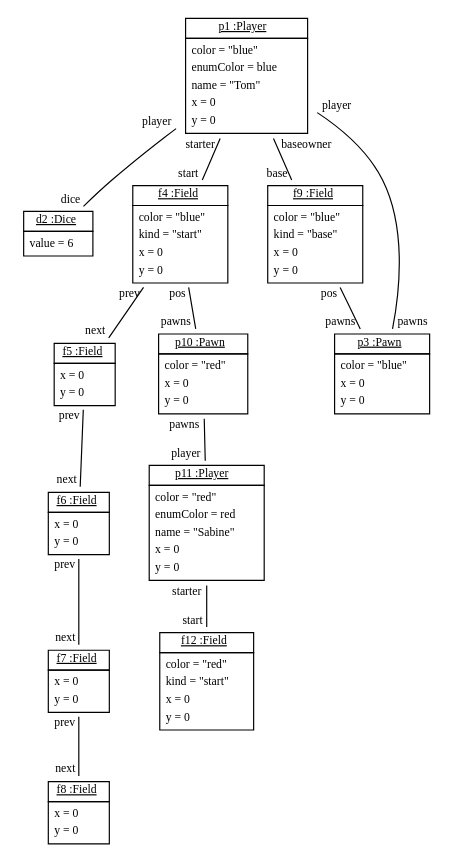
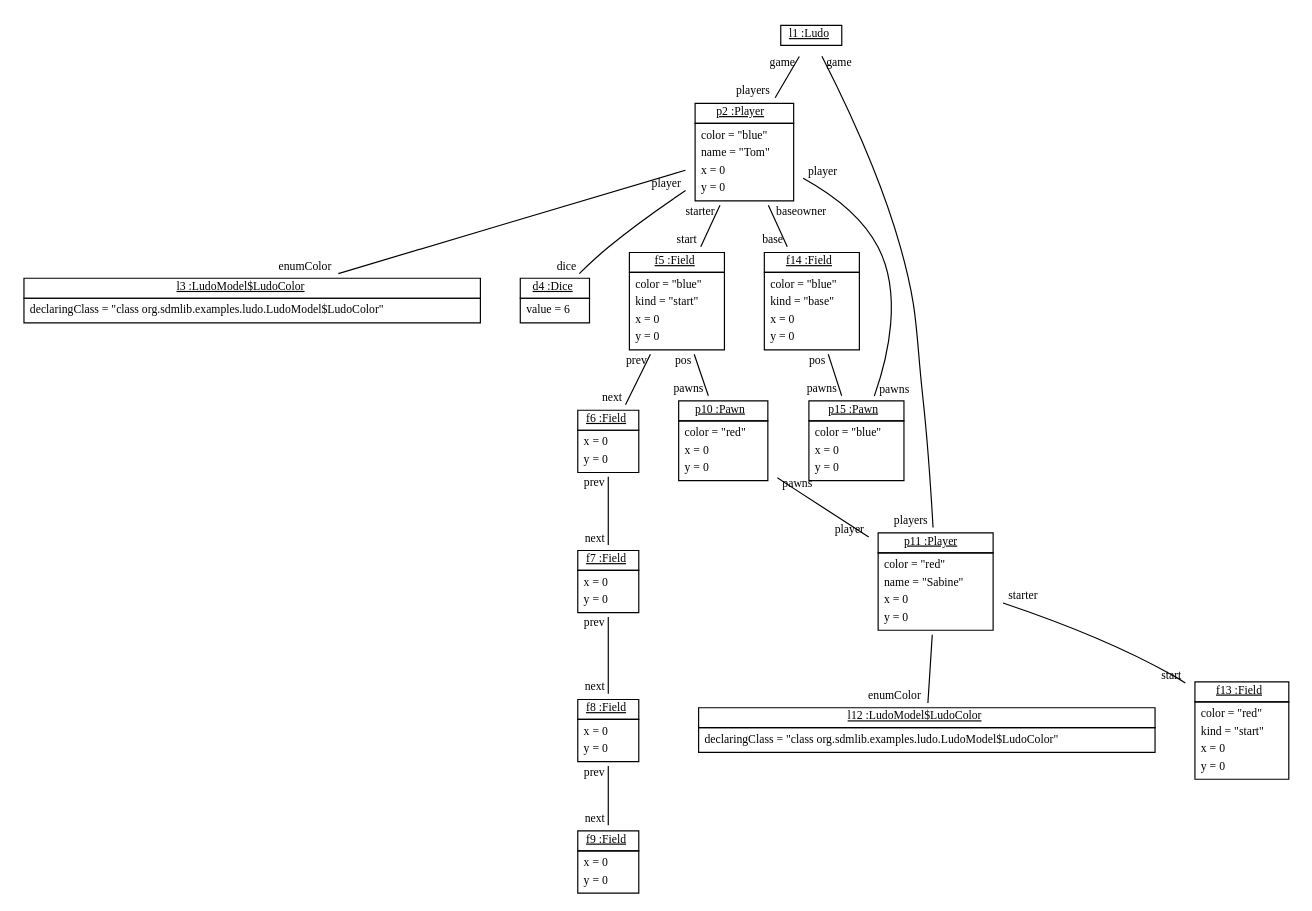
One commit to fujaba/SDMLib changed the diagram in doc/LudoStoryboard3.dot. Above: the diagram before and after it, drawn with Graphviz. The commit also changed 176 other files, not shown here.

```diff
--- a/doc/LudoStoryboard3.dot
+++ b/doc/LudoStoryboard3.dot
@@ -1,31 +1,38 @@
 graph ObjectDiagram {
    node [shape = none, fontsize = 10];
    edge [fontsize = 10];
    compound=true;
 
-p1 [label=<<table border='0' cellborder='1' cellspacing='0'> <tr> <td href="../examples/org/sdmlib/examples/ludo/Player.java"> <u>p1 :Player</u></td></tr><tr><td><table border='0' cellborder='0' cellspacing='0'><tr><td align='left'>color = "blue"</td></tr><tr><td align='left'>enumColor = blue</td></tr><tr><td align='left'>name = "Tom"</td></tr><tr><td align='left'>x = 0</td></tr><tr><td align='left'>y = 0</td></tr></table></td></tr></table>>];
-d2 [label=<<table border='0' cellborder='1' cellspacing='0'> <tr> <td href="../examples/org/sdmlib/examples/ludo/Dice.java"> <u>d2 :Dice</u></td></tr><tr><td><table border='0' cellborder='0' cellspacing='0'><tr><td align='left'>value = 6</td></tr></table></td></tr></table>>];
-f4 [label=<<table border='0' cellborder='1' cellspacing='0'> <tr> <td href="../examples/org/sdmlib/examples/ludo/Field.java"> <u>f4 :Field</u></td></tr><tr><td><table border='0' cellborder='0' cellspacing='0'><tr><td align='left'>color = "blue"</td></tr><tr><td align='left'>kind = "start"</td></tr><tr><td align='left'>x = 0</td></tr><tr><td align='left'>y = 0</td></tr></table></td></tr></table>>];
-f5 [label=<<table border='0' cellborder='1' cellspacing='0'> <tr> <td href="../examples/org/sdmlib/examples/ludo/Field.java"> <u>f5 :Field</u></td></tr><tr><td><table border='0' cellborder='0' cellspacing='0'><tr><td align='left'>x = 0</td></tr><tr><td align='left'>y = 0</td></tr></table></td></tr></table>>];
+l1 [label=<<table border='0' cellborder='1' cellspacing='0'> <tr> <td href="../examples/org/sdmlib/examples/ludo/Ludo.java"> <u>l1 :Ludo</u></td></tr></table>>];
+p2 [label=<<table border='0' cellborder='1' cellspacing='0'> <tr> <td href="../examples/org/sdmlib/examples/ludo/Player.java"> <u>p2 :Player</u></td></tr><tr><td><table border='0' cellborder='0' cellspacing='0'><tr><td align='left'>color = "blue"</td></tr><tr><td align='left'>name = "Tom"</td></tr><tr><td align='left'>x = 0</td></tr><tr><td align='left'>y = 0</td></tr></table></td></tr></table>>];
+l3 [label=<<table border='0' cellborder='1' cellspacing='0'> <tr> <td href="../examples/org/sdmlib/examples/ludo/LudoModel.java"> <u>l3 :LudoModel$LudoColor</u></td></tr><tr><td><table border='0' cellborder='0' cellspacing='0'><tr><td align='left'>declaringClass = "class org.sdmlib.examples.ludo.LudoModel$LudoColor"</td></tr></table></td></tr></table>>];
+d4 [label=<<table border='0' cellborder='1' cellspacing='0'> <tr> <td href="../examples/org/sdmlib/examples/ludo/Dice.java"> <u>d4 :Dice</u></td></tr><tr><td><table border='0' cellborder='0' cellspacing='0'><tr><td align='left'>value = 6</td></tr></table></td></tr></table>>];
+f5 [label=<<table border='0' cellborder='1' cellspacing='0'> <tr> <td href="../examples/org/sdmlib/examples/ludo/Field.java"> <u>f5 :Field</u></td></tr><tr><td><table border='0' cellborder='0' cellspacing='0'><tr><td align='left'>color = "blue"</td></tr><tr><td align='left'>kind = "start"</td></tr><tr><td align='left'>x = 0</td></tr><tr><td align='left'>y = 0</td></tr></table></td></tr></table>>];
 f6 [label=<<table border='0' cellborder='1' cellspacing='0'> <tr> <td href="../examples/org/sdmlib/examples/ludo/Field.java"> <u>f6 :Field</u></td></tr><tr><td><table border='0' cellborder='0' cellspacing='0'><tr><td align='left'>x = 0</td></tr><tr><td align='left'>y = 0</td></tr></table></td></tr></table>>];
 f7 [label=<<table border='0' cellborder='1' cellspacing='0'> <tr> <td href="../examples/org/sdmlib/examples/ludo/Field.java"> <u>f7 :Field</u></td></tr><tr><td><table border='0' cellborder='0' cellspacing='0'><tr><td align='left'>x = 0</td></tr><tr><td align='left'>y = 0</td></tr></table></td></tr></table>>];
 f8 [label=<<table border='0' cellborder='1' cellspacing='0'> <tr> <td href="../examples/org/sdmlib/examples/ludo/Field.java"> <u>f8 :Field</u></td></tr><tr><td><table border='0' cellborder='0' cellspacing='0'><tr><td align='left'>x = 0</td></tr><tr><td align='left'>y = 0</td></tr></table></td></tr></table>>];
+f9 [label=<<table border='0' cellborder='1' cellspacing='0'> <tr> <td href="../examples/org/sdmlib/examples/ludo/Field.java"> <u>f9 :Field</u></td></tr><tr><td><table border='0' cellborder='0' cellspacing='0'><tr><td align='left'>x = 0</td></tr><tr><td align='left'>y = 0</td></tr></table></td></tr></table>>];
 p10 [label=<<table border='0' cellborder='1' cellspacing='0'> <tr> <td href="../examples/org/sdmlib/examples/ludo/Pawn.java"> <u>p10 :Pawn</u></td></tr><tr><td><table border='0' cellborder='0' cellspacing='0'><tr><td align='left'>color = "red"</td></tr><tr><td align='left'>x = 0</td></tr><tr><td align='left'>y = 0</td></tr></table></td></tr></table>>];
-p11 [label=<<table border='0' cellborder='1' cellspacing='0'> <tr> <td href="../examples/org/sdmlib/examples/ludo/Player.java"> <u>p11 :Player</u></td></tr><tr><td><table border='0' cellborder='0' cellspacing='0'><tr><td align='left'>color = "red"</td></tr><tr><td align='left'>enumColor = red</td></tr><tr><td align='left'>name = "Sabine"</td></tr><tr><td align='left'>x = 0</td></tr><tr><td align='left'>y = 0</td></tr></table></td></tr></table>>];
-f12 [label=<<table border='0' cellborder='1' cellspacing='0'> <tr> <td href="../examples/org/sdmlib/examples/ludo/Field.java"> <u>f12 :Field</u></td></tr><tr><td><table border='0' cellborder='0' cellspacing='0'><tr><td align='left'>color = "red"</td></tr><tr><td align='left'>kind = "start"</td></tr><tr><td align='left'>x = 0</td></tr><tr><td align='left'>y = 0</td></tr></table></td></tr></table>>];
-f9 [label=<<table border='0' cellborder='1' cellspacing='0'> <tr> <td href="../examples/org/sdmlib/examples/ludo/Field.java"> <u>f9 :Field</u></td></tr><tr><td><table border='0' cellborder='0' cellspacing='0'><tr><td align='left'>color = "blue"</td></tr><tr><td align='left'>kind = "base"</td></tr><tr><td align='left'>x = 0</td></tr><tr><td align='left'>y = 0</td></tr></table></td></tr></table>>];
-p3 [label=<<table border='0' cellborder='1' cellspacing='0'> <tr> <td href="../examples/org/sdmlib/examples/ludo/Pawn.java"> <u>p3 :Pawn</u></td></tr><tr><td><table border='0' cellborder='0' cellspacing='0'><tr><td align='left'>color = "blue"</td></tr><tr><td align='left'>x = 0</td></tr><tr><td align='left'>y = 0</td></tr></table></td></tr></table>>];
+p11 [label=<<table border='0' cellborder='1' cellspacing='0'> <tr> <td href="../examples/org/sdmlib/examples/ludo/Player.java"> <u>p11 :Player</u></td></tr><tr><td><table border='0' cellborder='0' cellspacing='0'><tr><td align='left'>color = "red"</td></tr><tr><td align='left'>name = "Sabine"</td></tr><tr><td align='left'>x = 0</td></tr><tr><td align='left'>y = 0</td></tr></table></td></tr></table>>];
+l12 [label=<<table border='0' cellborder='1' cellspacing='0'> <tr> <td href="../examples/org/sdmlib/examples/ludo/LudoModel.java"> <u>l12 :LudoModel$LudoColor</u></td></tr><tr><td><table border='0' cellborder='0' cellspacing='0'><tr><td align='left'>declaringClass = "class org.sdmlib.examples.ludo.LudoModel$LudoColor"</td></tr></table></td></tr></table>>];
+f13 [label=<<table border='0' cellborder='1' cellspacing='0'> <tr> <td href="../examples/org/sdmlib/examples/ludo/Field.java"> <u>f13 :Field</u></td></tr><tr><td><table border='0' cellborder='0' cellspacing='0'><tr><td align='left'>color = "red"</td></tr><tr><td align='left'>kind = "start"</td></tr><tr><td align='left'>x = 0</td></tr><tr><td align='left'>y = 0</td></tr></table></td></tr></table>>];
+f14 [label=<<table border='0' cellborder='1' cellspacing='0'> <tr> <td href="../examples/org/sdmlib/examples/ludo/Field.java"> <u>f14 :Field</u></td></tr><tr><td><table border='0' cellborder='0' cellspacing='0'><tr><td align='left'>color = "blue"</td></tr><tr><td align='left'>kind = "base"</td></tr><tr><td align='left'>x = 0</td></tr><tr><td align='left'>y = 0</td></tr></table></td></tr></table>>];
+p15 [label=<<table border='0' cellborder='1' cellspacing='0'> <tr> <td href="../examples/org/sdmlib/examples/ludo/Pawn.java"> <u>p15 :Pawn</u></td></tr><tr><td><table border='0' cellborder='0' cellspacing='0'><tr><td align='left'>color = "blue"</td></tr><tr><td align='left'>x = 0</td></tr><tr><td align='left'>y = 0</td></tr></table></td></tr></table>>];
 
-p1 -- d2 [headlabel = "dice" taillabel = "player"];
-p1 -- f4 [headlabel = "start" taillabel = "starter"];
-p1 -- f9 [headlabel = "base" taillabel = "baseowner"];
-p1 -- p3 [headlabel = "pawns" taillabel = "player"];
-f4 -- f5 [headlabel = "next" taillabel = "prev"];
-f4 -- p10 [headlabel = "pawns" taillabel = "pos"];
+l1 -- p2 [headlabel = "players" taillabel = "game"];
+l1 -- p11 [headlabel = "players" taillabel = "game"];
+p2 -- l3 [headlabel = "enumColor" taillabel = ""];
+p2 -- d4 [headlabel = "dice" taillabel = "player"];
+p2 -- f5 [headlabel = "start" taillabel = "starter"];
+p2 -- f14 [headlabel = "base" taillabel = "baseowner"];
+p2 -- p15 [headlabel = "pawns" taillabel = "player"];
 f5 -- f6 [headlabel = "next" taillabel = "prev"];
+f5 -- p10 [headlabel = "pawns" taillabel = "pos"];
 f6 -- f7 [headlabel = "next" taillabel = "prev"];
 f7 -- f8 [headlabel = "next" taillabel = "prev"];
+f8 -- f9 [headlabel = "next" taillabel = "prev"];
 p10 -- p11 [headlabel = "player" taillabel = "pawns"];
-p11 -- f12 [headlabel = "start" taillabel = "starter"];
-f9 -- p3 [headlabel = "pawns" taillabel = "pos"];
+p11 -- l12 [headlabel = "enumColor" taillabel = ""];
+p11 -- f13 [headlabel = "start" taillabel = "starter"];
+f14 -- p15 [headlabel = "pawns" taillabel = "pos"];
 }
```
